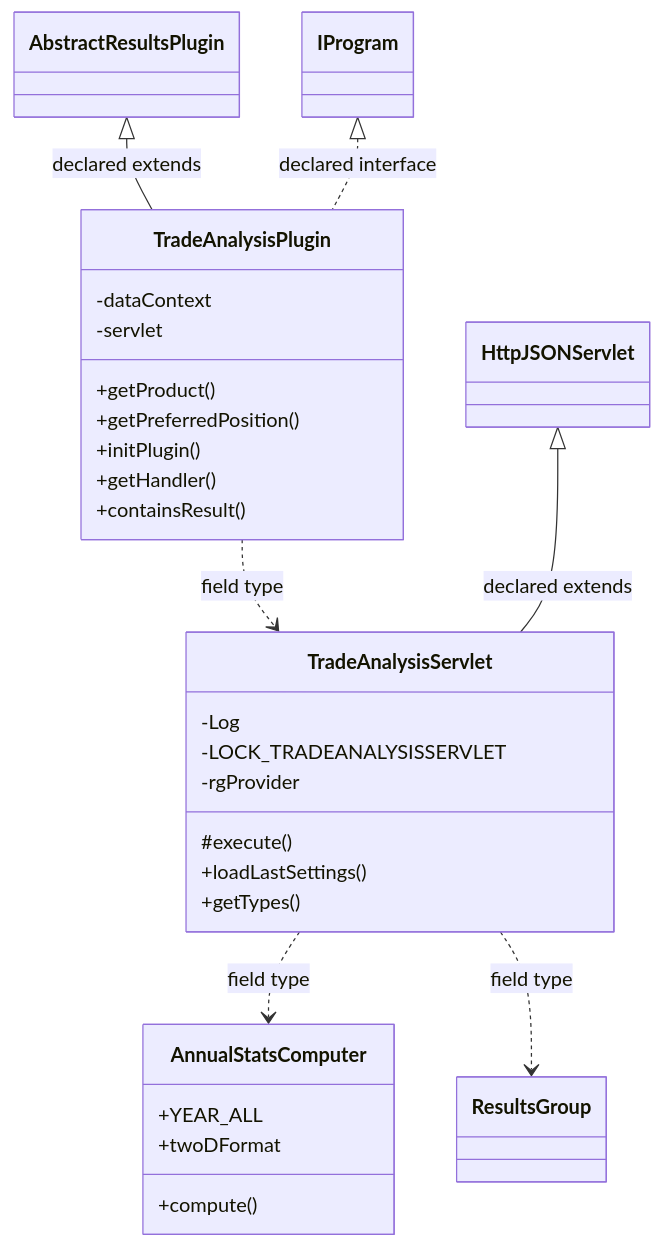
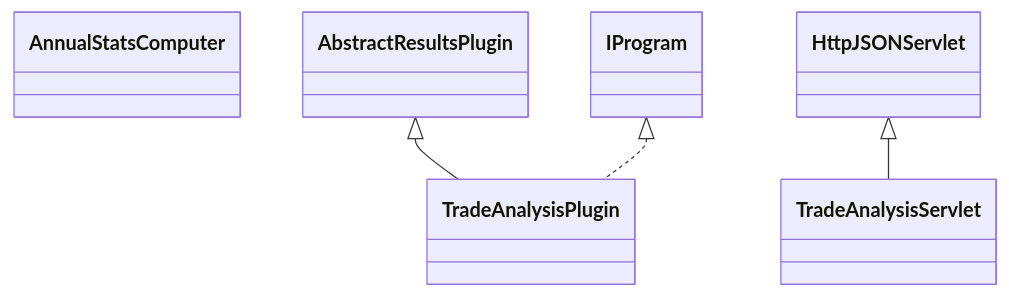
Before and after one commit to haruperi/HaruQuantAI: the diagram in docs/sqx/Results/ResultsTradeAnalysis.md, drawn with Mermaid. The commit also changed other lines of this file and 1688 other files, not shown here.

````diff
--- a/docs/sqx/Results/ResultsTradeAnalysis.md
+++ b/docs/sqx/Results/ResultsTradeAnalysis.md
@@ -30,35 +26,12 @@
 ```mermaid
 classDiagram
-    class C5a2d8c6f1079["AnnualStatsComputer"] {
-        +YEAR_ALL
-        +twoDFormat
-        +compute()
-    }
-    class C2d051b5ffcf6["TradeAnalysisPlugin"] {
-        -dataContext
-        -servlet
-        +getProduct()
-        +getPreferredPosition()
-        +initPlugin()
-        +getHandler()
-        +containsResult()
-    }
-    class Cba15badbe639["TradeAnalysisServlet"] {
-        -Log
-        -LOCK_TRADEANALYSISSERVLET
-        -rgProvider
-        #execute()
-        +loadLastSettings()
-        +getTypes()
-    }
-    class C1b6b4448b67b["IProgram"]
-    class C81fcbc41b716["ResultsGroup"]
-    class C180e0c3f58c3["AbstractResultsPlugin"]
-    class C8900f90ae594["HttpJSONServlet"]
-    C180e0c3f58c3 <|-- C2d051b5ffcf6 : declared extends
-    C1b6b4448b67b <|.. C2d051b5ffcf6 : declared interface
-    C2d051b5ffcf6 ..> Cba15badbe639 : field type
-    C8900f90ae594 <|-- Cba15badbe639 : declared extends
-    Cba15badbe639 ..> C5a2d8c6f1079 : field type
-    Cba15badbe639 ..> C81fcbc41b716 : field type
+    class C0["AnnualStatsComputer"]
+    class C1["TradeAnalysisPlugin"]
+    class C2["TradeAnalysisServlet"]
+    class E0["AbstractResultsPlugin"]
+    E0 <|-- C1
+    class E1["IProgram"]
+    E1 <|.. C1
+    class E2["HttpJSONServlet"]
+    E2 <|-- C2
 ```
````
